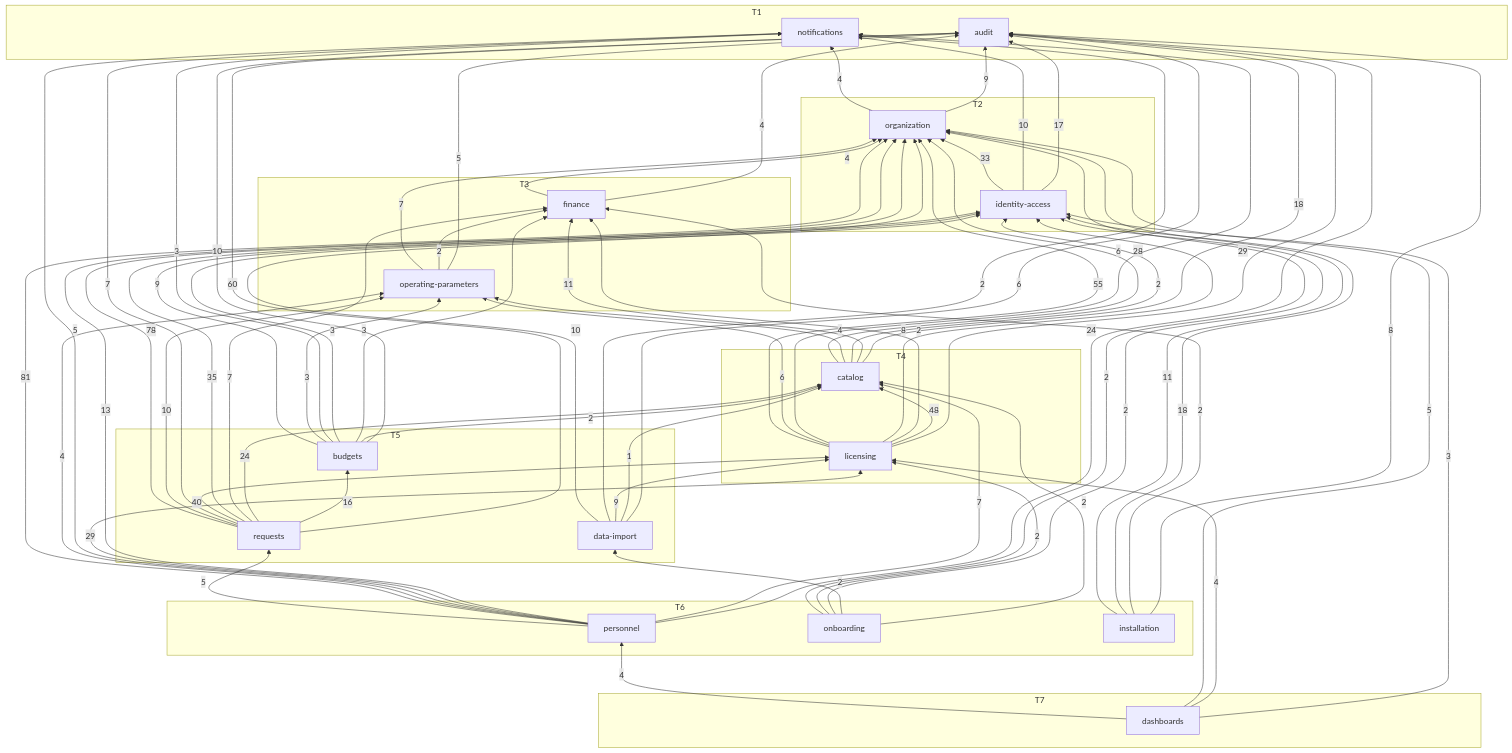
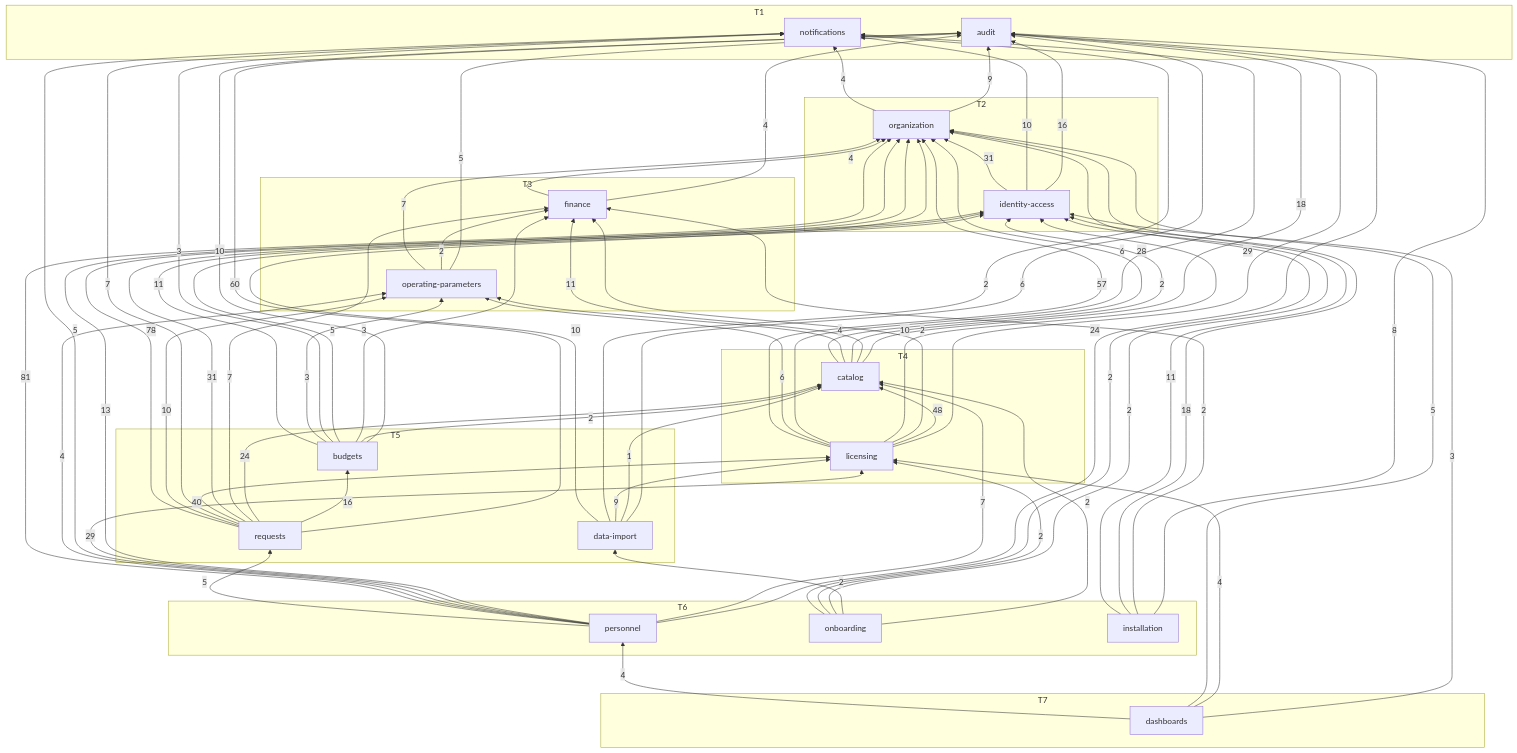
The diagram in docs/generated/module-graph.md (SEP490-FALL2026/BE-dev), drawn with Mermaid before and after one commit. The commit also changed 77 other files, not shown here.

```diff
--- a/docs/generated/module-graph.md
+++ b/docs/generated/module-graph.md
@@ -37,10 +37,10 @@
   budgets -->|10| audit
   budgets -->|2| catalog
   budgets -->|3| finance
-  budgets -->|3| identity_access
+  budgets -->|5| identity_access
   budgets -->|3| notifications
   budgets -->|3| operating_parameters
-  budgets -->|9| organization
+  budgets -->|11| organization
   catalog -->|18| audit
   catalog -->|11| finance
   catalog -->|2| identity_access
@@ -57,9 +57,9 @@
   data_import -->|10| organization
   finance -->|4| audit
   finance -->|4| organization
-  identity_access -->|17| audit
+  identity_access -->|16| audit
   identity_access -->|10| notifications
-  identity_access -->|33| organization
+  identity_access -->|31| organization
   installation -->|8| audit
   installation -->|2| finance
   installation -->|18| identity_access
@@ -67,10 +67,10 @@
   licensing -->|29| audit
   licensing -->|48| catalog
   licensing -->|2| finance
-  licensing -->|8| identity_access
+  licensing -->|10| identity_access
   licensing -->|6| notifications
   licensing -->|6| operating_parameters
-  licensing -->|55| organization
+  licensing -->|57| organization
   onboarding -->|2| catalog
   onboarding -->|2| data_import
   onboarding -->|2| identity_access
@@ -93,7 +93,7 @@
   requests -->|16| budgets
   requests -->|24| catalog
   requests -->|7| finance
-  requests -->|35| identity_access
+  requests -->|31| identity_access
   requests -->|40| licensing
   requests -->|7| notifications
   requests -->|10| operating_parameters
```
